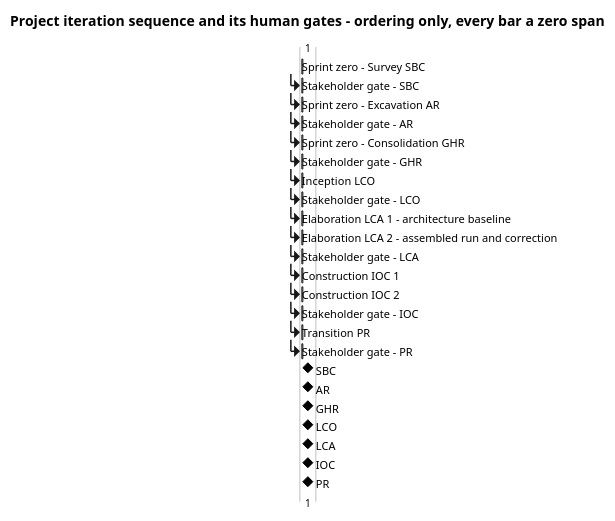
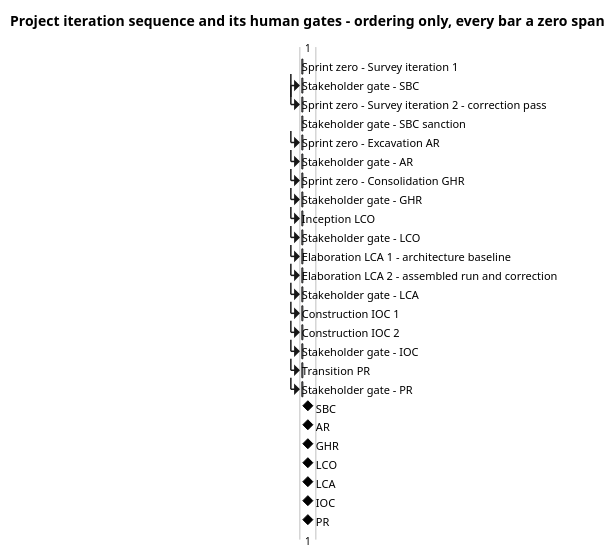
Before and after one commit to banense-test/TodoApp: the first of 3 diagrams in docs/artifacts/project-management/iteration-plan.md, drawn with PlantUML. The commit also changed other lines of this file, not shown here.

First line of the commit message:
Project Manager [Survey2]: upsert Iteration Plan

````diff
--- a/docs/artifacts/project-management/iteration-plan.md
+++ b/docs/artifacts/project-management/iteration-plan.md
@@ -44,57 +48,60 @@
 ```plantuml
 @startgantt
 title Project iteration sequence and its human gates - ordering only, every bar a zero span
 skinparam shadowing false
 
-[Sprint zero - Survey SBC] lasts 0 day
+[Sprint zero - Survey iteration 1] lasts 0 day
 [Stakeholder gate - SBC] lasts 0 day
+[Sprint zero - Survey iteration 2 - correction pass] lasts 0 day
+[Stakeholder gate - SBC sanction] lasts 0 day
 [Sprint zero - Excavation AR] lasts 0 day
 [Stakeholder gate - AR] lasts 0 day
 [Sprint zero - Consolidation GHR] lasts 0 day
 [Stakeholder gate - GHR] lasts 0 day
 [Inception LCO] lasts 0 day
 [Stakeholder gate - LCO] lasts 0 day
 [Elaboration LCA 1 - architecture baseline] lasts 0 day
 [Elaboration LCA 2 - assembled run and correction] lasts 0 day
 [Stakeholder gate - LCA] lasts 0 day
 [Construction IOC 1] lasts 0 day
 [Construction IOC 2] lasts 0 day
 [Stakeholder gate - IOC] lasts 0 day
 [Transition PR] lasts 0 day
 [Stakeholder gate - PR] lasts 0 day
 
-[Stakeholder gate - SBC] starts at [Sprint zero - Survey SBC]'s end
-[Sprint zero - Excavation AR] starts at [Stakeholder gate - SBC]'s end
+[Sprint zero - Survey iteration 2 - correction pass] starts at [Sprint zero - Survey iteration 1]'s end
+[Stakeholder gate - SBC] starts at [Sprint zero - Survey iteration 2 - correction pass]'s end
+[Sprint zero - Excavation AR] starts at [Stakeholder gate - SBC sanction]'s end
 [Stakeholder gate - AR] starts at [Sprint zero - Excavation AR]'s end
 [Sprint zero - Consolidation GHR] starts at [Stakeholder gate - AR]'s end
 [Stakeholder gate - GHR] starts at [Sprint zero - Consolidation GHR]'s end
 [Inception LCO] starts at [Stakeholder gate - GHR]'s end
 [Stakeholder gate - LCO] starts at [Inception LCO]'s end
 [Elaboration LCA 1 - architecture baseline] starts at [Stakeholder gate - LCO]'s end
 [Elaboration LCA 2 - assembled run and correction] starts at [Elaboration LCA 1 - architecture baseline]'s end
 [Stakeholder gate - LCA] starts at [Elaboration LCA 2 - assembled run and correction]'s end
 [Construction IOC 1] starts at [Stakeholder gate - LCA]'s end
 [Construction IOC 2] starts at [Construction IOC 1]'s end
 [Stakeholder gate - IOC] starts at [Construction IOC 2]'s end
 [Transition PR] starts at [Stakeholder gate - IOC]'s end
 [Stakeholder gate - PR] starts at [Transition PR]'s end
 
-[SBC] happens at [Stakeholder gate - SBC]'s end
+[SBC] happens at [Stakeholder gate - SBC sanction]'s end
 [AR] happens at [Stakeholder gate - AR]'s end
 [GHR] happens at [Stakeholder gate - GHR]'s end
 [LCO] happens at [Stakeholder gate - LCO]'s end
 [LCA] happens at [Stakeholder gate - LCA]'s end
 [IOC] happens at [Stakeholder gate - IOC]'s end
 [PR] happens at [Stakeholder gate - PR]'s end
 
 note bottom
-  Nine iterations, seven milestones, seven human gates.
+  Ten iterations, seven milestones, seven human gates.
   Every bar is a zero span: PlantUML requires the root bar's span to be
   declared, and it is declared zero. No bar carries a duration and no
   calendar date exists anywhere in this plan. An iteration ends when its
   exit criteria pass; a gate ends when the stakeholder answers, and is
   carried as R021 - days of queue time, ceiling 14, then the process
   suspends.
 end note
 @endgantt
 ```
````
